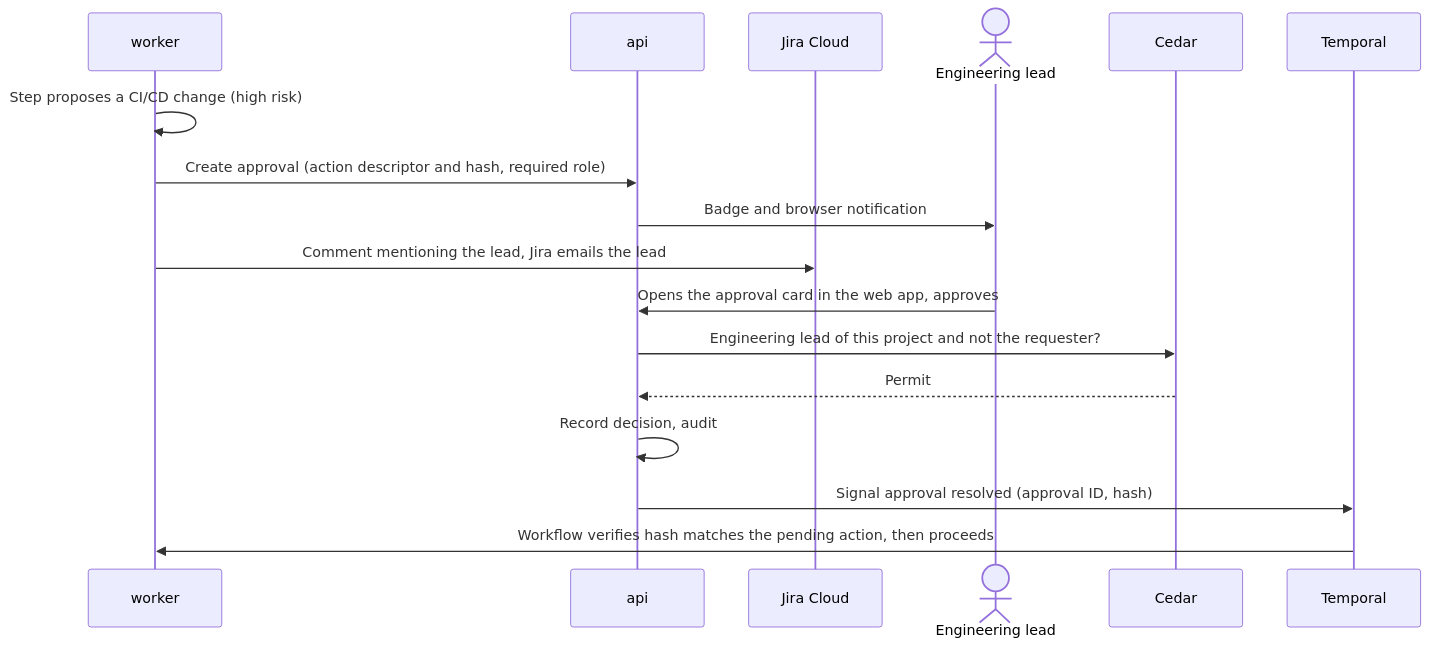
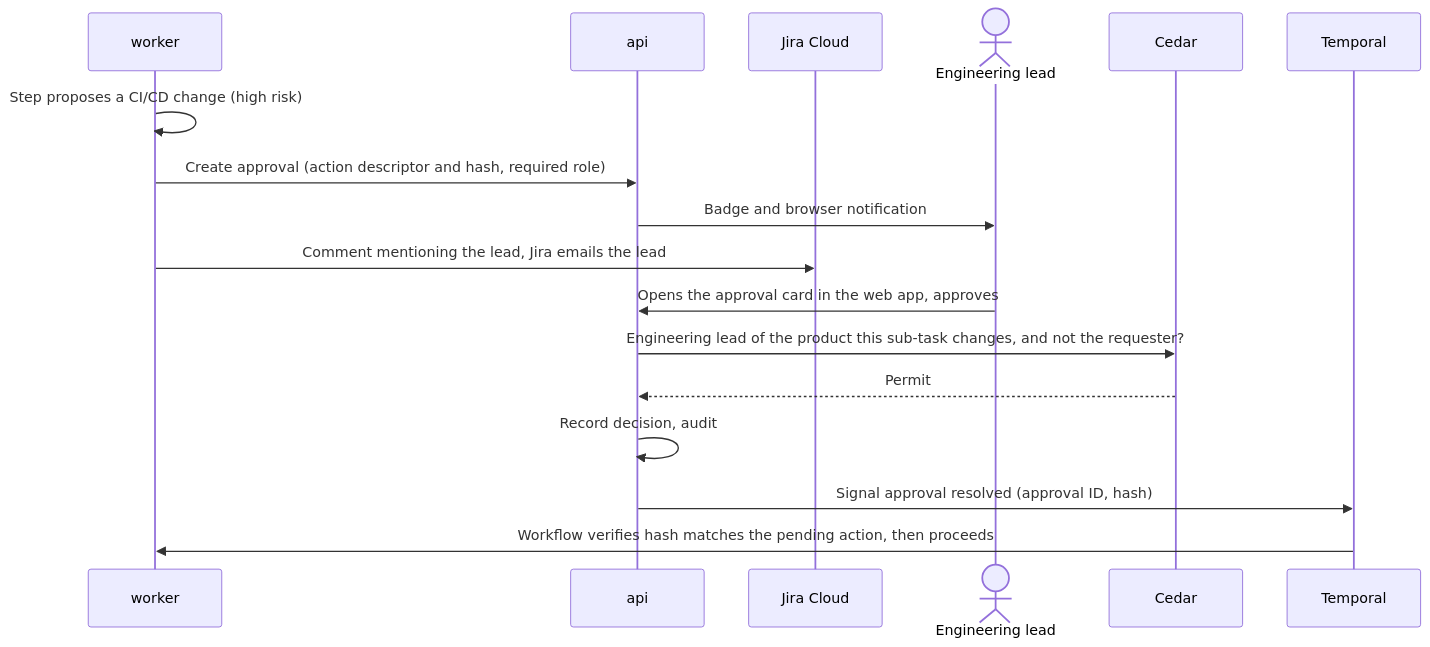
The sixth of 9 diagrams in docs/architecture.md (luigi-lt/orchestrator), drawn with Mermaid before and after one commit. The commit also changed other lines of this file and 2 other files, not shown here.

First line of the commit message:
Architecture v2.0: design for iteration 2

````diff
--- a/docs/architecture.md
+++ b/docs/architecture.md
@@ -445,19 +612,19 @@
 ```mermaid
 sequenceDiagram
   participant W as worker
   participant API as api
   participant Jira as Jira Cloud
   actor Lead as Engineering lead
   participant P as Cedar
   participant T as Temporal
   W->>W: Step proposes a CI/CD change (high risk)
   W->>API: Create approval (action descriptor and hash, required role)
   API->>Lead: Badge and browser notification
   W->>Jira: Comment mentioning the lead, Jira emails the lead
   Lead->>API: Opens the approval card in the web app, approves
-  API->>P: Engineering lead of this project and not the requester?
+  API->>P: Engineering lead of the product this sub-task changes, and not the requester?
   P-->>API: Permit
   API->>API: Record decision, audit
   API->>T: Signal approval resolved (approval ID, hash)
   T->>W: Workflow verifies hash matches the pending action, then proceeds
 ```
````
